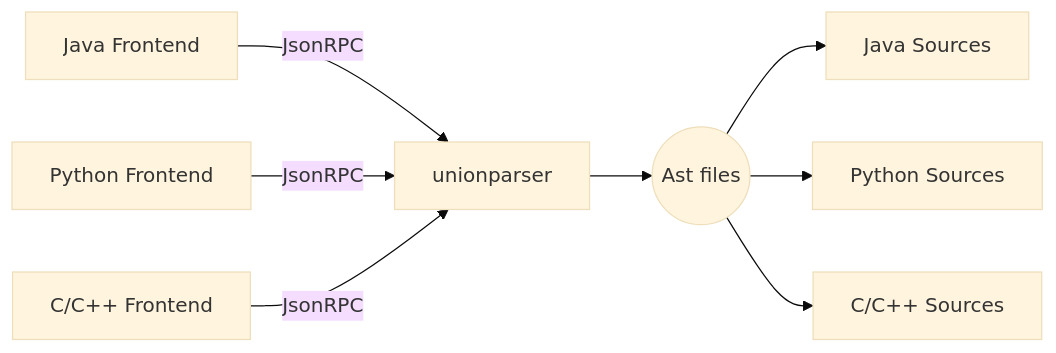
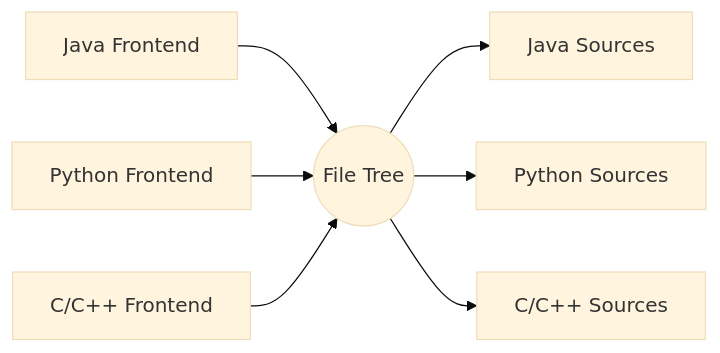
The first of 5 diagrams in README.md (FunningC0217/UnionParser), drawn with Mermaid (base theme) before and after one commit. The commit also changed other lines of this file, not shown here.

````diff
--- a/README.md
+++ b/README.md
@@ -9,10 +9,9 @@
 ```mermaid
 graph LR;
-  P1[Java Frontend]--JsonRPC-->UP[unionparser]
-  P2[Python Frontend]--JsonRPC-->UP[unionparser]
-  P3[C/C++ Frontend]--JsonRPC-->UP[unionparser]
-  UP-->Ast((Ast files))
-  Ast-->A1[Java Sources]
-  Ast-->A2[Python Sources]
-  Ast-->A3[C/C++ Sources]
+  P1[Java Frontend]-->T((File Tree))
+  P2[Python Frontend]-->T((File Tree))
+  P3[C/C++ Frontend]-->T((File Tree))
+  T-->A1[Java Sources]
+  T-->A2[Python Sources]
+  T-->A3[C/C++ Sources]
 ```
````
